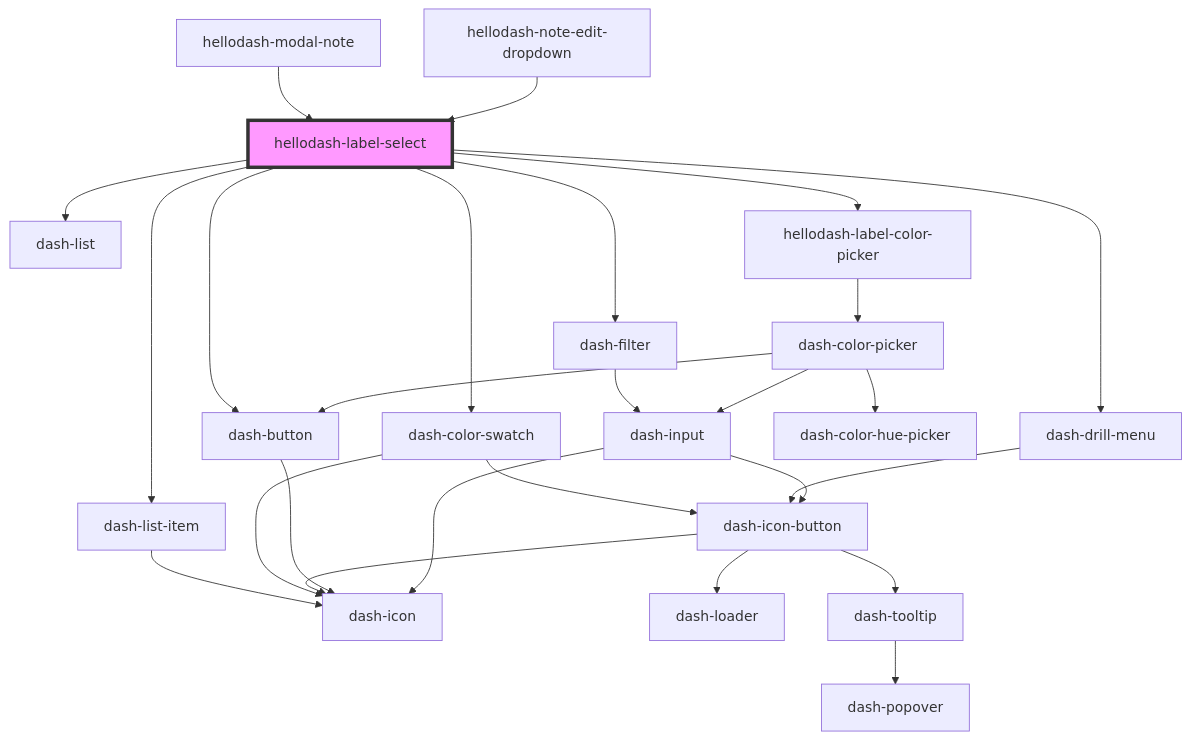
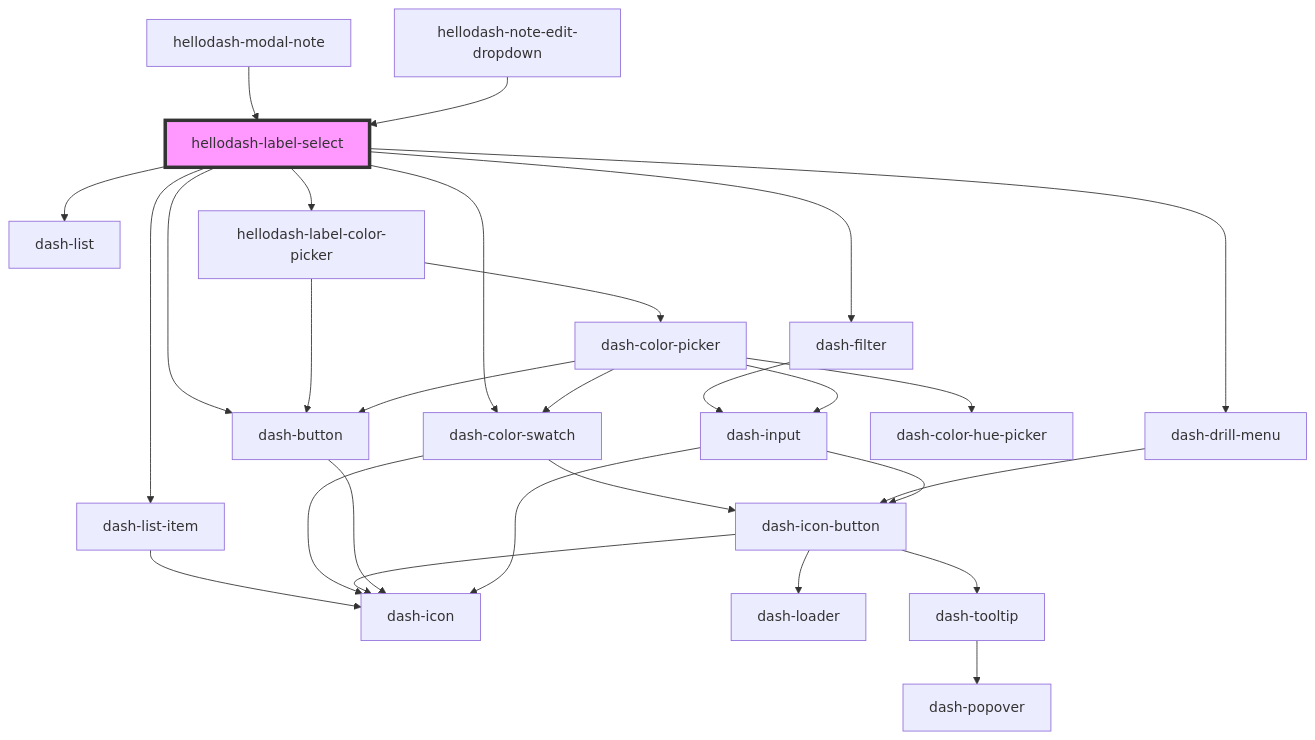
One commit to jmanke/dash changed the diagram in packages/hellodash-components/src/components/hellodash-label-select/readme.md. Above: the diagram before and after it, drawn with Mermaid. The commit also changed 27 other files, not shown here.

````diff
--- a/packages/hellodash-components/src/components/hellodash-label-select/readme.md
+++ b/packages/hellodash-components/src/components/hellodash-label-select/readme.md
@@ -46,29 +46,31 @@
 ```mermaid
 graph TD;
   hellodash-label-select --> dash-list
   hellodash-label-select --> dash-list-item
   hellodash-label-select --> dash-color-swatch
   hellodash-label-select --> dash-button
   hellodash-label-select --> dash-drill-menu
   hellodash-label-select --> dash-filter
   hellodash-label-select --> hellodash-label-color-picker
   dash-list-item --> dash-icon
   dash-color-swatch --> dash-icon-button
   dash-color-swatch --> dash-icon
   dash-icon-button --> dash-icon
   dash-icon-button --> dash-loader
   dash-icon-button --> dash-tooltip
   dash-tooltip --> dash-popover
   dash-button --> dash-icon
   dash-drill-menu --> dash-icon-button
   dash-filter --> dash-input
   dash-input --> dash-icon
   dash-input --> dash-icon-button
   hellodash-label-color-picker --> dash-color-picker
+  hellodash-label-color-picker --> dash-button
   dash-color-picker --> dash-color-hue-picker
   dash-color-picker --> dash-button
   dash-color-picker --> dash-input
+  dash-color-picker --> dash-color-swatch
   hellodash-modal-note --> hellodash-label-select
   hellodash-note-edit-dropdown --> hellodash-label-select
   style hellodash-label-select fill:#f9f,stroke:#333,stroke-width:4px
 ```
````
